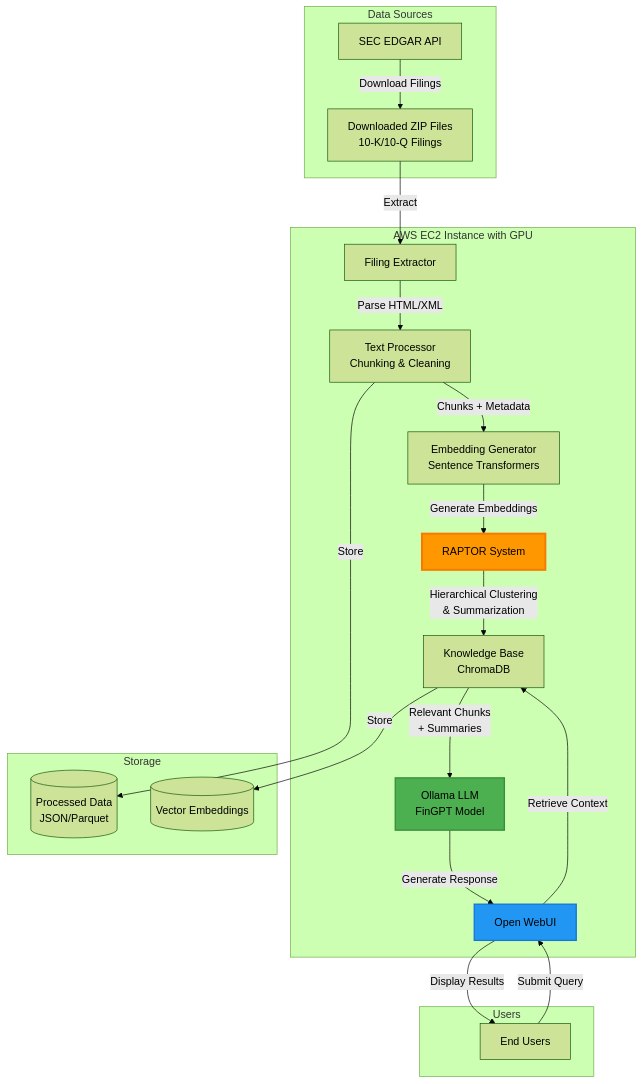
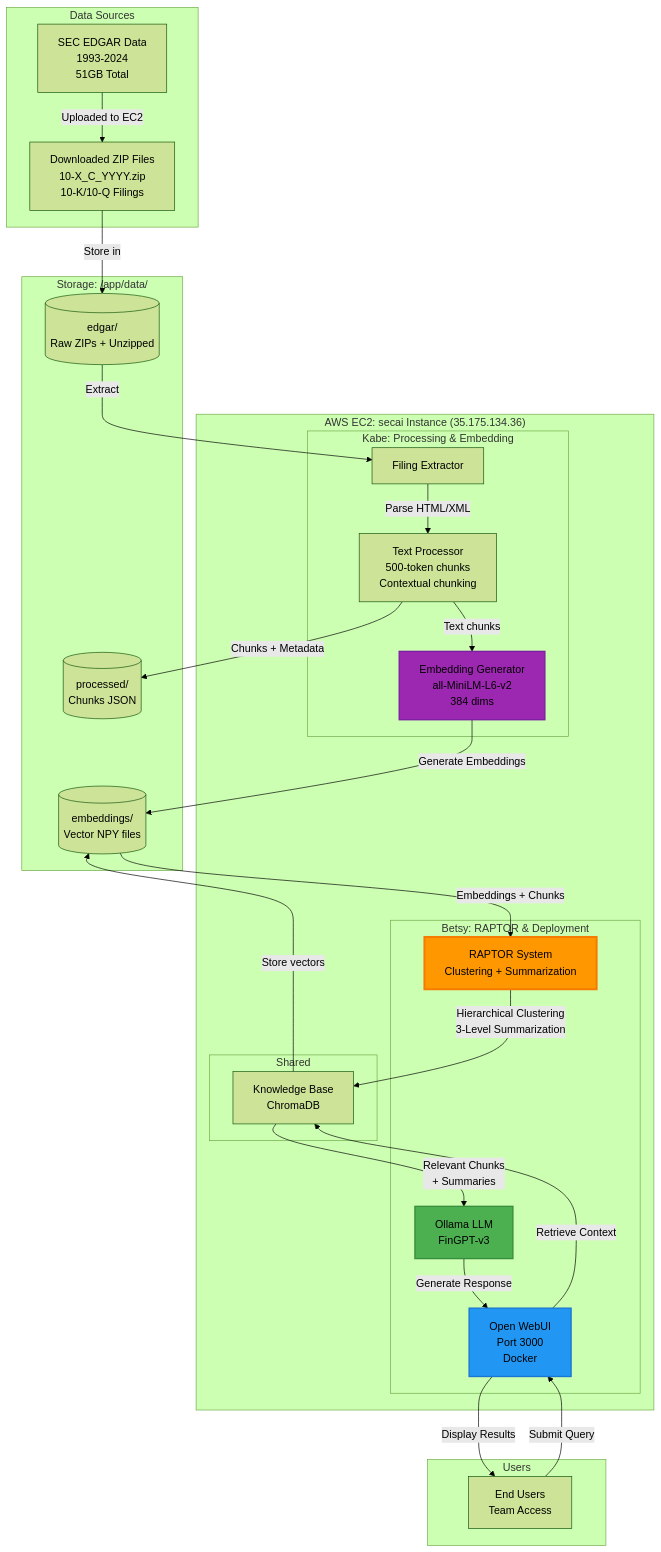
One commit to kibbbles/edgar_anomaly_detection changed the diagram in notebooks/diagrams/architecture.mmd. Above: the diagram before and after it, drawn with Mermaid (forest theme). The commit also changed 5 other files, not shown here.

First line of the commit message:
Update diagrams to reflect production AWS EC2 deployment

```diff
--- a/notebooks/diagrams/architecture.mmd
+++ b/notebooks/diagrams/architecture.mmd
@@ -1,43 +1,55 @@
 graph TB
     subgraph "Data Sources"
-        A[SEC EDGAR API]
-        B[Downloaded ZIP Files<br/>10-K/10-Q Filings]
+        A[SEC EDGAR Data<br/>1993-2024<br/>51GB Total]
+        B[Downloaded ZIP Files<br/>10-X_C_YYYY.zip<br/>10-K/10-Q Filings]
     end
 
-    subgraph "AWS EC2 Instance with GPU"
-        C[Filing Extractor]
-        D[Text Processor<br/>Chunking & Cleaning]
-        E[RAPTOR System]
-        F[Embedding Generator<br/>Sentence Transformers]
-        G[Knowledge Base<br/>ChromaDB]
-        H[Ollama LLM<br/>FinGPT Model]
-        I[Open WebUI]
+    subgraph "AWS EC2: secai Instance (35.175.134.36)"
+        subgraph "Kabe: Processing & Embedding"
+            C[Filing Extractor]
+            D[Text Processor<br/>500-token chunks<br/>Contextual chunking]
+            F[Embedding Generator<br/>all-MiniLM-L6-v2<br/>384 dims]
+        end
+
+        subgraph "Betsy: RAPTOR & Deployment"
+            E[RAPTOR System<br/>Clustering + Summarization]
+            H[Ollama LLM<br/>FinGPT-v3]
+            I[Open WebUI<br/>Port 3000<br/>Docker]
+        end
+
+        subgraph "Shared"
+            G[Knowledge Base<br/>ChromaDB]
+        end
     end
 
-    subgraph "Storage"
-        J[(Processed Data<br/>JSON/Parquet)]
-        K[(Vector Embeddings)]
+    subgraph "Storage: /app/data/"
+        J[(edgar/<br/>Raw ZIPs + Unzipped)]
+        K[(processed/<br/>Chunks JSON)]
+        M[(embeddings/<br/>Vector NPY files)]
     end
 
     subgraph "Users"
-        L[End Users]
+        L[End Users<br/>Team Access]
     end
 
-    A -->|Download Filings| B
-    B -->|Extract| C
+    A -->|Uploaded to EC2| B
+    B -->|Store in| J
+    J -->|Extract| C
     C -->|Parse HTML/XML| D
-    D -->|Chunks + Metadata| F
-    F -->|Generate Embeddings| E
-    E -->|Hierarchical Clustering<br/>& Summarization| G
-    G -->|Store| K
-    D -->|Store| J
+    D -->|Chunks + Metadata| K
+    D -->|Text chunks| F
+    F -->|Generate Embeddings| M
+    M -->|Embeddings + Chunks| E
+    E -->|Hierarchical Clustering<br/>3-Level Summarization| G
+    G -->|Store vectors| M
 
     L -->|Submit Query| I
     I -->|Retrieve Context| G
     G -->|Relevant Chunks<br/>+ Summaries| H
     H -->|Generate Response| I
     I -->|Display Results| L
 
     style E fill:#ff9800,stroke:#f57c00,stroke-width:3px
     style H fill:#4caf50,stroke:#388e3c,stroke-width:2px
     style I fill:#2196f3,stroke:#1976d2,stroke-width:2px
+    style F fill:#9c27b0,stroke:#7b1fa2,stroke-width:2px
```
